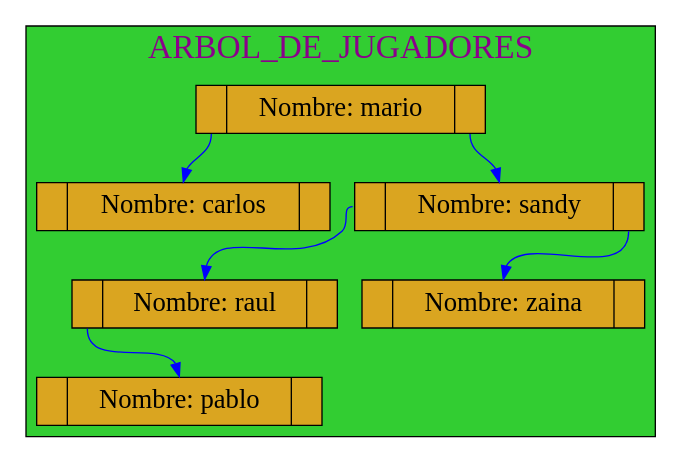
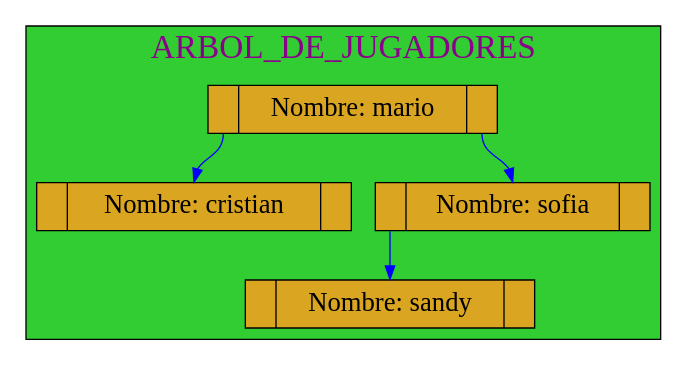
One commit to mariotun/EDD_1S2020_PY1_201602942 changed the diagram in Graficas/Arbol_Jugadores.dot. Above: the diagram before and after it, drawn with Graphviz. The commit also changed 17 other files, not shown here.

```diff
--- a/Graficas/Arbol_Jugadores.dot
+++ b/Graficas/Arbol_Jugadores.dot
@@ -1,33 +1,26 @@
 digraph ArbolBB{
 subgraph cluster_1 {
 
 label= "ARBOL_DE_JUGADORES ";
 labelloc=t;
 fontcolor=magenta4;
 fontname=algerian
 fontsize=25;
 style=filled;
 fillcolor=limegreen;
 node[shape=record,height=0.5 style=filled fontcolor=black fillcolor=goldenrod fontsize=20 ];
 
 
 25770475776[label="<f0> |<f1>Nombre: mario |<f2> " ]; 
-25770475984[label="<f0> |<f1>Nombre: sandy |<f2>" ]
-25770476512[label="<f0> |<f1>Nombre: carlos |<f2>" ]
-25770476992[label="<f0> |<f1>Nombre: raul |<f2>" ]
-25770476992[label="<f0> |<f1>Nombre: raul |<f2>" ]
-25770477200[label="<f0> |<f1>Nombre: zaina |<f2>" ]
-25770477200[label="<f0> |<f1>Nombre: zaina |<f2>" ]
-25770476288[label="<f0> |<f1>Nombre: pablo |<f2>" ]
-25770476288[label="<f0> |<f1>Nombre: pablo |<f2>" ]
-25770476288[label="<f0> |<f1>Nombre: pablo |<f2>" ]
+25770475984[label="<f0> |<f1>Nombre: cristian |<f2>" ]
+25770476384[label="<f0> |<f1>Nombre: sofia |<f2>" ]
+25770476192[label="<f0> |<f1>Nombre: sandy |<f2>" ]
+25770476192[label="<f0> |<f1>Nombre: sandy |<f2>" ]
 
-25770475776:f2->25770475984:f1 [color=blue ]
-25770475776:f0->25770476512:f1 [color=blue]
-25770475984:f0->25770476992:f1 [color=blue]
-25770475984:f2->25770477200:f1 [color=blue ]
-25770476992:f0->25770476288:f1 [color=blue]
+25770475776:f0->25770475984:f1 [color=blue]
+25770475776:f2->25770476384:f1 [color=blue ]
+25770476384:f0->25770476192:f1 [color=blue]
 
  }
 
  }
```
